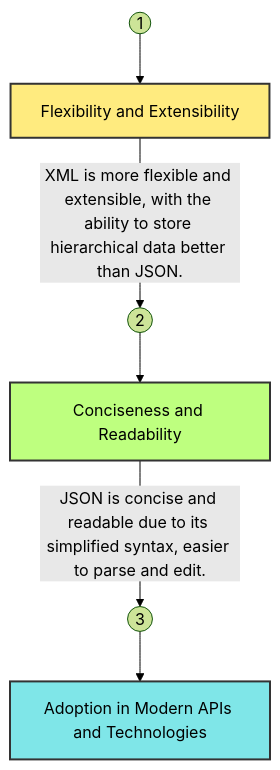
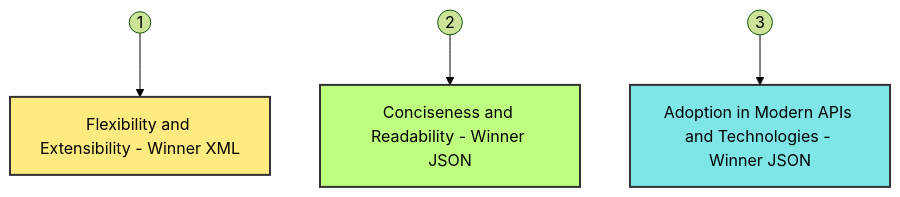
One commit to superelectronic/ppt2 changed the diagram in index.adoc. Above: the diagram before and after it, drawn with Mermaid (forest theme).

Commit message:
added content

```diff
--- a/index.adoc
+++ b/index.adoc
@@ -978,17 +978,15 @@
 [mermaid,target=user-journey,format=svg,theme=forest,.stretch]
 ----
 graph TD
     style StartBox fill:#FFD700,stroke:#333,stroke-width:2px,fill-opacity:0.5
     style MiddleBox fill:#7FFF00,stroke:#333,stroke-width:2px,fill-opacity:0.5
     style EndBox fill:#00CED1,stroke:#333,stroke-width:2px,fill-opacity:0.5
     
     StartIcon1((1))
     StartIcon2((2))
     StartIcon3((3))
 
-    StartIcon1 --> StartBox[Flexibility and Extensibility]
-    StartIcon2 --> MiddleBox[Conciseness and Readability]
-    StartIcon3 --> EndBox[Adoption in Modern APIs and Technologies]
-    StartBox -->|XML is more flexible and extensible, with the ability to store hierarchical data better than JSON.| StartIcon2
-    MiddleBox -->|JSON is concise and readable due to its simplified syntax, easier to parse and edit.| StartIcon3
+    StartIcon1 --> StartBox[Flexibility and Extensibility - Winner XML]
+    StartIcon2 --> MiddleBox[Conciseness and Readability - Winner JSON]
+    StartIcon3 --> EndBox[Adoption in Modern APIs and Technologies - Winner JSON]
 ----
```
